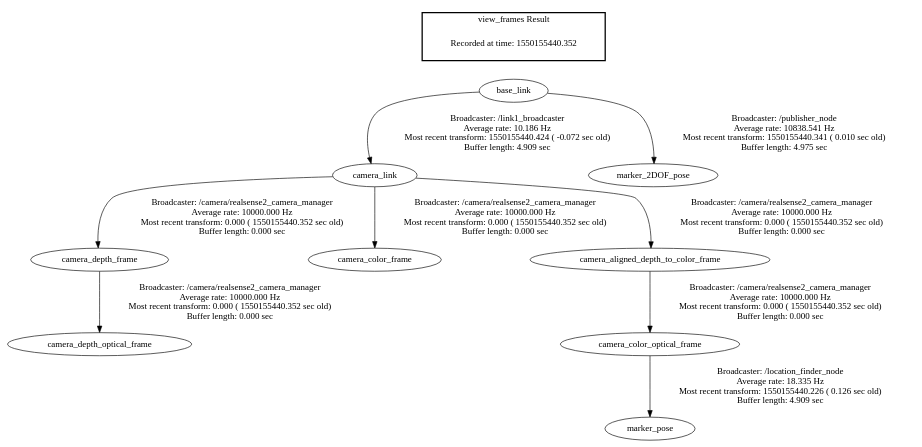
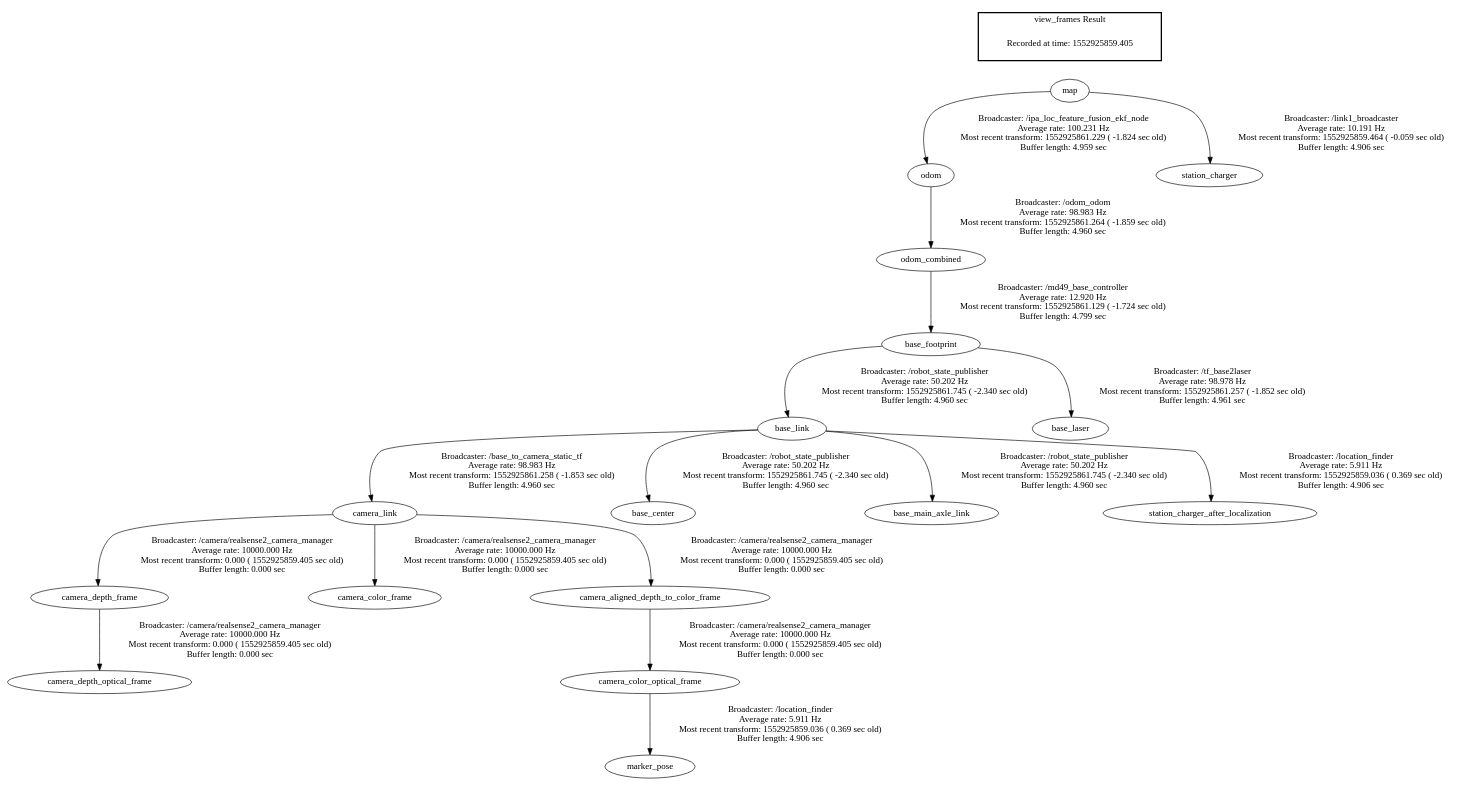
One commit to Jphartogi/ipa_marker_detection changed the diagram in frames.gv. Above: the diagram before and after it, drawn with Graphviz. The commit also changed 10 other files, not shown here.

```diff
--- a/frames.gv
+++ b/frames.gv
@@ -1,14 +1,22 @@
 digraph G {
-"camera_link" -> "camera_depth_frame"[label="Broadcaster: /camera/realsense2_camera_manager\nAverage rate: 10000.000 Hz\nMost recent transform: 0.000 ( 1550155440.352 sec old)\nBuffer length: 0.000 sec\n"];
-"base_link" -> "camera_link"[label="Broadcaster: /link1_broadcaster\nAverage rate: 10.186 Hz\nMost recent transform: 1550155440.424 ( -0.072 sec old)\nBuffer length: 4.909 sec\n"];
-"camera_depth_frame" -> "camera_depth_optical_frame"[label="Broadcaster: /camera/realsense2_camera_manager\nAverage rate: 10000.000 Hz\nMost recent transform: 0.000 ( 1550155440.352 sec old)\nBuffer length: 0.000 sec\n"];
-"camera_link" -> "camera_color_frame"[label="Broadcaster: /camera/realsense2_camera_manager\nAverage rate: 10000.000 Hz\nMost recent transform: 0.000 ( 1550155440.352 sec old)\nBuffer length: 0.000 sec\n"];
-"camera_aligned_depth_to_color_frame" -> "camera_color_optical_frame"[label="Broadcaster: /camera/realsense2_camera_manager\nAverage rate: 10000.000 Hz\nMost recent transform: 0.000 ( 1550155440.352 sec old)\nBuffer length: 0.000 sec\n"];
-"camera_link" -> "camera_aligned_depth_to_color_frame"[label="Broadcaster: /camera/realsense2_camera_manager\nAverage rate: 10000.000 Hz\nMost recent transform: 0.000 ( 1550155440.352 sec old)\nBuffer length: 0.000 sec\n"];
-"base_link" -> "marker_2DOF_pose"[label="Broadcaster: /publisher_node\nAverage rate: 10838.541 Hz\nMost recent transform: 1550155440.341 ( 0.010 sec old)\nBuffer length: 4.975 sec\n"];
-"camera_color_optical_frame" -> "marker_pose"[label="Broadcaster: /location_finder_node\nAverage rate: 18.335 Hz\nMost recent transform: 1550155440.226 ( 0.126 sec old)\nBuffer length: 4.909 sec\n"];
+"camera_link" -> "camera_depth_frame"[label="Broadcaster: /camera/realsense2_camera_manager\nAverage rate: 10000.000 Hz\nMost recent transform: 0.000 ( 1552925859.405 sec old)\nBuffer length: 0.000 sec\n"];
+"base_link" -> "camera_link"[label="Broadcaster: /base_to_camera_static_tf\nAverage rate: 98.983 Hz\nMost recent transform: 1552925861.258 ( -1.853 sec old)\nBuffer length: 4.960 sec\n"];
+"camera_depth_frame" -> "camera_depth_optical_frame"[label="Broadcaster: /camera/realsense2_camera_manager\nAverage rate: 10000.000 Hz\nMost recent transform: 0.000 ( 1552925859.405 sec old)\nBuffer length: 0.000 sec\n"];
+"camera_link" -> "camera_color_frame"[label="Broadcaster: /camera/realsense2_camera_manager\nAverage rate: 10000.000 Hz\nMost recent transform: 0.000 ( 1552925859.405 sec old)\nBuffer length: 0.000 sec\n"];
+"camera_aligned_depth_to_color_frame" -> "camera_color_optical_frame"[label="Broadcaster: /camera/realsense2_camera_manager\nAverage rate: 10000.000 Hz\nMost recent transform: 0.000 ( 1552925859.405 sec old)\nBuffer length: 0.000 sec\n"];
+"camera_link" -> "camera_aligned_depth_to_color_frame"[label="Broadcaster: /camera/realsense2_camera_manager\nAverage rate: 10000.000 Hz\nMost recent transform: 0.000 ( 1552925859.405 sec old)\nBuffer length: 0.000 sec\n"];
+"base_link" -> "base_center"[label="Broadcaster: /robot_state_publisher\nAverage rate: 50.202 Hz\nMost recent transform: 1552925861.745 ( -2.340 sec old)\nBuffer length: 4.960 sec\n"];
+"base_footprint" -> "base_link"[label="Broadcaster: /robot_state_publisher\nAverage rate: 50.202 Hz\nMost recent transform: 1552925861.745 ( -2.340 sec old)\nBuffer length: 4.960 sec\n"];
+"odom_combined" -> "base_footprint"[label="Broadcaster: /md49_base_controller\nAverage rate: 12.920 Hz\nMost recent transform: 1552925861.129 ( -1.724 sec old)\nBuffer length: 4.799 sec\n"];
+"base_link" -> "base_main_axle_link"[label="Broadcaster: /robot_state_publisher\nAverage rate: 50.202 Hz\nMost recent transform: 1552925861.745 ( -2.340 sec old)\nBuffer length: 4.960 sec\n"];
+"base_footprint" -> "base_laser"[label="Broadcaster: /tf_base2laser\nAverage rate: 98.978 Hz\nMost recent transform: 1552925861.257 ( -1.852 sec old)\nBuffer length: 4.961 sec\n"];
+"odom" -> "odom_combined"[label="Broadcaster: /odom_odom\nAverage rate: 98.983 Hz\nMost recent transform: 1552925861.264 ( -1.859 sec old)\nBuffer length: 4.960 sec\n"];
+"map" -> "odom"[label="Broadcaster: /ipa_loc_feature_fusion_ekf_node\nAverage rate: 100.231 Hz\nMost recent transform: 1552925861.229 ( -1.824 sec old)\nBuffer length: 4.959 sec\n"];
+"camera_color_optical_frame" -> "marker_pose"[label="Broadcaster: /location_finder\nAverage rate: 5.911 Hz\nMost recent transform: 1552925859.036 ( 0.369 sec old)\nBuffer length: 4.906 sec\n"];
+"base_link" -> "station_charger_after_localization"[label="Broadcaster: /location_finder\nAverage rate: 5.911 Hz\nMost recent transform: 1552925859.036 ( 0.369 sec old)\nBuffer length: 4.906 sec\n"];
+"map" -> "station_charger"[label="Broadcaster: /link1_broadcaster\nAverage rate: 10.191 Hz\nMost recent transform: 1552925859.464 ( -0.059 sec old)\nBuffer length: 4.906 sec\n"];
 edge [style=invis];
  subgraph cluster_legend { style=bold; color=black; label ="view_frames Result";
-"Recorded at time: 1550155440.352"[ shape=plaintext ] ;
- }->"base_link";
+"Recorded at time: 1552925859.405"[ shape=plaintext ] ;
+ }->"map";
 }
```
